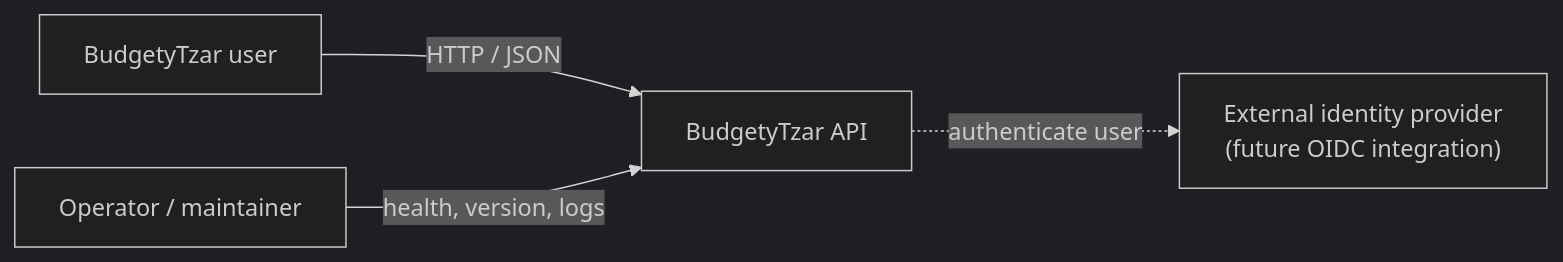
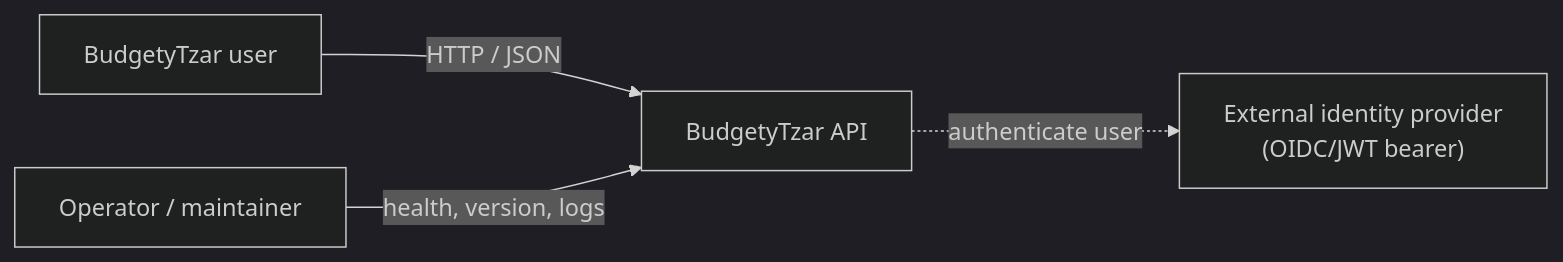
One commit to kierondye/BudgetyTzar changed the first of 5 diagrams in docs/architecture.md. Above: the diagram before and after it, drawn with Mermaid (dark theme). The commit also changed other lines of this file and 8 other files, not shown here.

````diff
--- a/docs/architecture.md
+++ b/docs/architecture.md
@@ -13,11 +13,11 @@
 ```mermaid
 flowchart LR
     user["BudgetyTzar user"]
     operator["Operator / maintainer"]
-    identity["External identity provider<br/>(future OIDC integration)"]
+    identity["External identity provider<br/>(OIDC/JWT bearer)"]
     app["BudgetyTzar API"]
 
     user -->|"HTTP / JSON"| app
     app -.->|"authenticate user"| identity
     operator -->|"health, version, logs"| app
 ```
````
